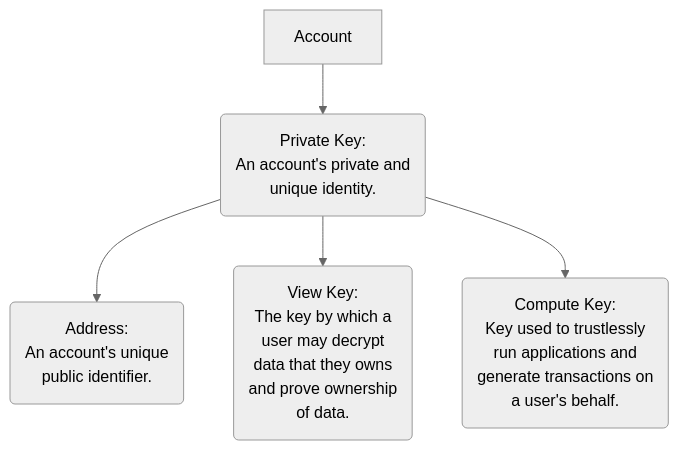
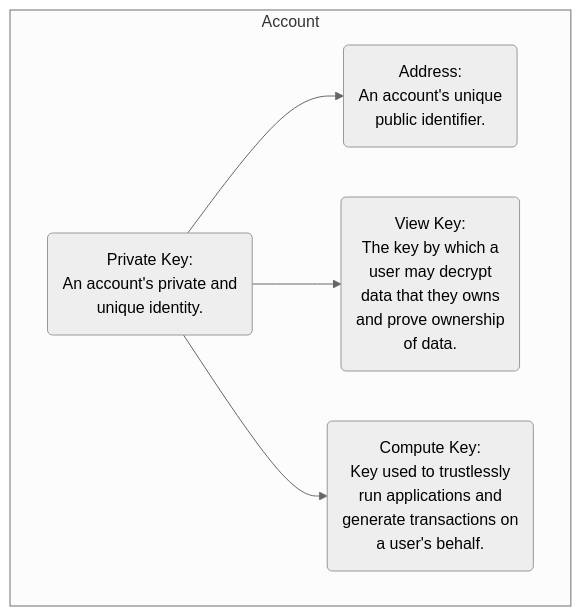
The diagram in docs/Guide/03_creating_accounts.md (ProvableHQ/sdk), drawn with Mermaid (neutral theme) before and after one commit. The commit also changed other lines of this file and 1 other file, not shown here.

Commit message:
added test for account compute key

````diff
--- a/docs/Guide/03_creating_accounts.md
+++ b/docs/Guide/03_creating_accounts.md
@@ -45,29 +45,31 @@
 ```mermaid
 flowchart TD
-    A[Account] --> B(
-        Private Key:
-        An account's private and
-        unique identity.
-    )
-    B --> C(
-        Address:
-        An account's unique
-        public identifier.
-    )
-    B --> D(
-        View Key:
-        The key by which a
-        user may decrypt
-        data that they owns
-        and prove ownership
-        of data.
-        
-    )
-    B --> E(
-        Compute Key:
-        Key used to trustlessly
-        run applications and
-        generate transactions on
-        a user's behalf.
-    )
+    subgraph Account
+        B(
+            Private Key:
+            An account's private and
+            unique identity.
+        )
+        B --> C(
+            Address:
+            An account's unique
+            public identifier.
+        )
+        B --> D(
+            View Key:
+            The key by which a
+            user may decrypt
+            data that they owns
+            and prove ownership
+            of data.
+            
+        )
+        B --> E(
+            Compute Key:
+            Key used to trustlessly
+            run applications and
+            generate transactions on
+            a user's behalf.
+        )
+    end
 ```
````
